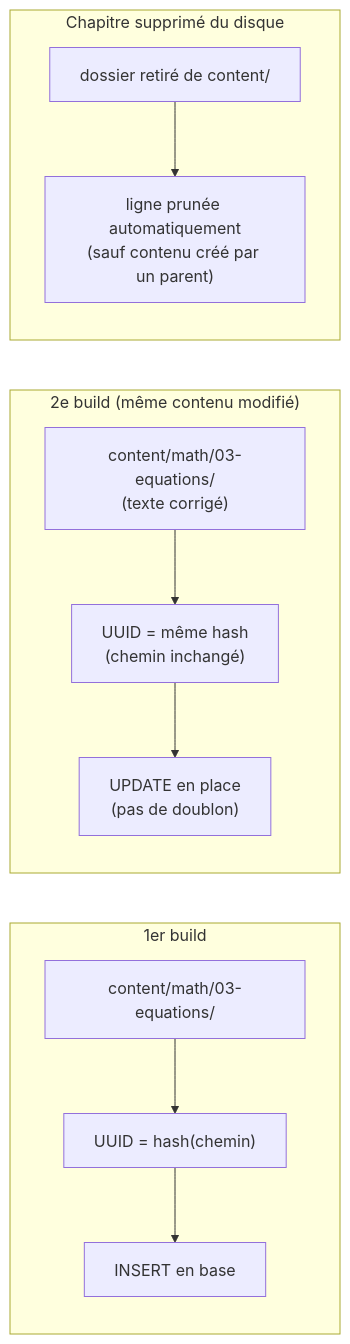
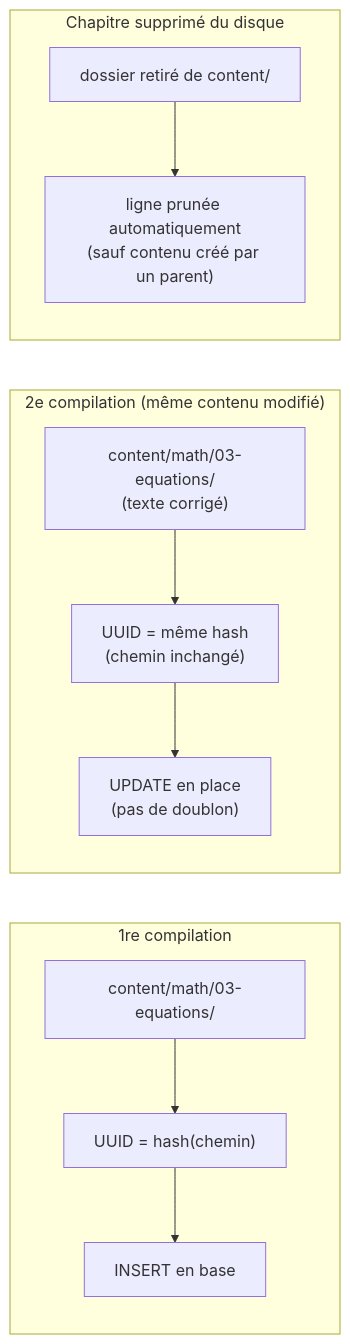
Before and after one commit to MBeji/yahia-quest-arena: the seventh of 10 diagrams in docs/content-generation-pipeline.md, drawn with Mermaid. The commit also changed other lines of this file and 5522 other files, not shown here.

````diff
--- a/docs/content-generation-pipeline.md
+++ b/docs/content-generation-pipeline.md
@@ -256,12 +324,12 @@
 ```mermaid
 flowchart LR
-    subgraph "1er build"
+    subgraph "1re compilation"
         A1["content/math/03-equations/"] --> B1["UUID = hash(chemin)"] --> C1["INSERT en base"]
     end
-    subgraph "2e build (même contenu modifié)"
+    subgraph "2e compilation (même contenu modifié)"
         A2["content/math/03-equations/\n(texte corrigé)"] --> B2["UUID = même hash\n(chemin inchangé)"] --> C2["UPDATE en place\n(pas de doublon)"]
     end
     subgraph "Chapitre supprimé du disque"
         A3["dossier retiré de content/"] --> C3["ligne prunée automatiquement\n(sauf contenu créé par un parent)"]
     end
 ```
````
